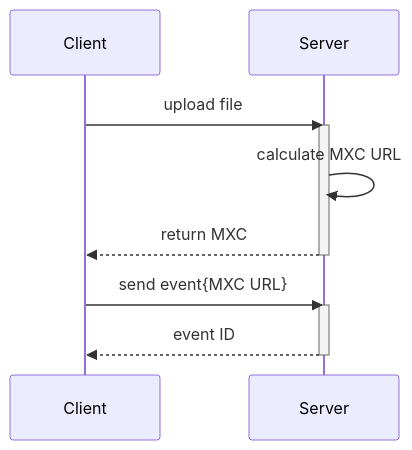
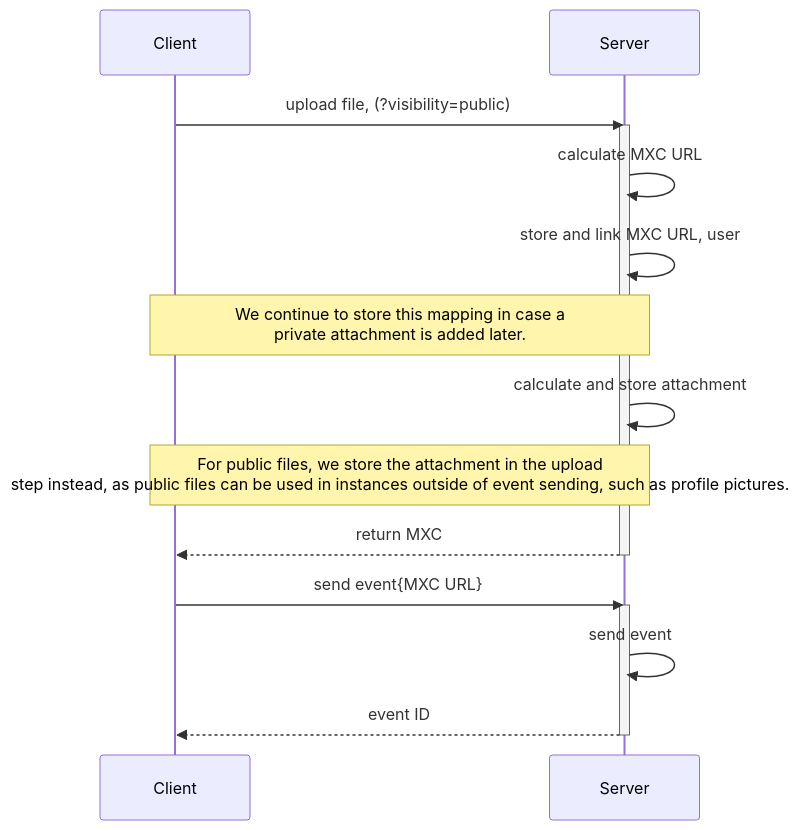
One commit to anoadragon453/matrix-doc changed the second of 3 diagrams in proposals/xxxx-authenticated-media.md. Above: the diagram before and after it, drawn with Mermaid. The commit also changed other lines of this file, not shown here.

Commit message:
Get rid of nonce, upload attachment endpoint, uploading fixes

````diff
--- a/proposals/xxxx-authenticated-media.md
+++ b/proposals/xxxx-authenticated-media.md
@@ -84,15 +117,20 @@
 ```mermaid
 sequenceDiagram
     participant C as Client
     participant S as Server
-    C->>S: upload file
+    C->>S: upload file, (?visibility=public)
     activate S
     S->>S: calculate MXC URL
+    S->>S: store and link MXC URL, user
+    Note over C,S: We continue to store this mapping in case a<br>private attachment is added later.
+    S->>S: calculate and store attachment
+    Note over C,S: For public files, we store the attachment in the upload<br>step instead, as public files can be used in instances outside of event sending, such as profile pictures.
     S-->>C: return MXC
     deactivate S
 
     C->>S: send event{MXC URL}
     activate S
+    S->>S: send event
     S-->>C: event ID
     deactivate S
 ```
````
